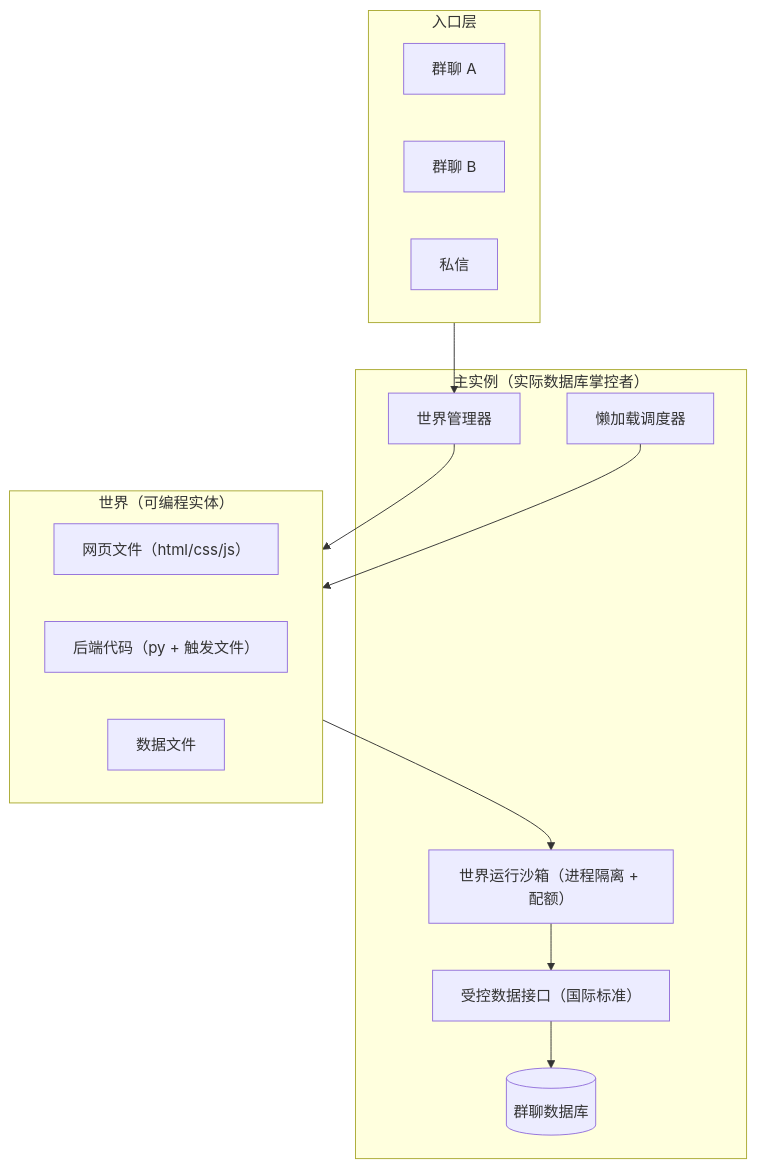
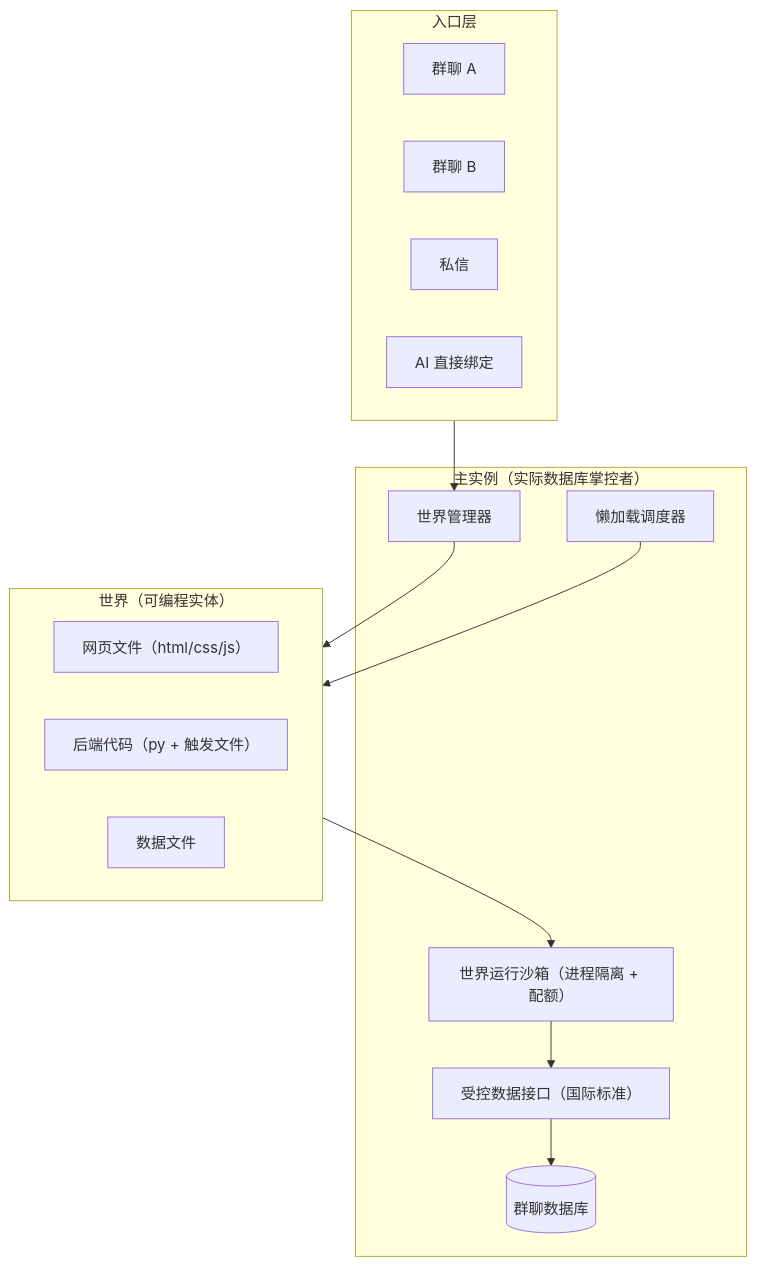
The diagram in docs/group_world/design/group_world_design.md (Coprexist/AIsChat), drawn with Mermaid before and after one commit. The commit also changed other lines of this file and 8 other files, not shown here.

````diff
--- a/docs/group_world/design/group_world_design.md
+++ b/docs/group_world/design/group_world_design.md
@@ -50,29 +52,30 @@
 ```mermaid
 graph TD
     subgraph Instance["主实例（实际数据库掌控者）"]
         DB[(群聊数据库)]
         API["受控数据接口（国际标准）"]
         WorldMgr["世界管理器"]
         Scheduler["懒加载调度器"]
         Sandbox["世界运行沙箱（进程隔离 + 配额）"]
     end
 
     subgraph Entrances["入口层"]
         Group["群聊 A"]
         Group2["群聊 B"]
         DM["私信"]
+        AI["AI 直接绑定"]
     end
 
     subgraph World["世界（可编程实体）"]
         HTML["网页文件（html/css/js）"]
         PY["后端代码（py + 触发文件）"]
         DATA["数据文件"]
     end
 
     Entrances --> WorldMgr
     WorldMgr --> World
     Scheduler --> World
     World --> Sandbox
     Sandbox --> API
     API --> DB
 ```
````
